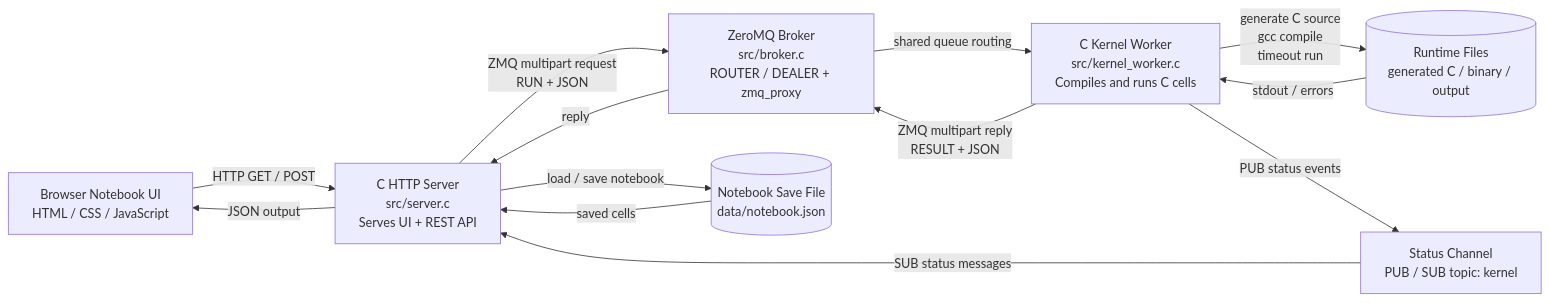
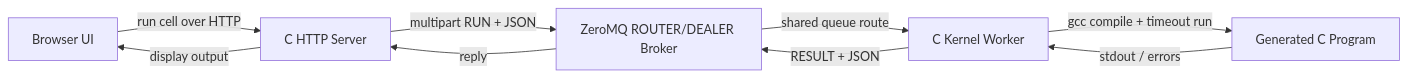
Before and after one commit to Andrew53O/zemomq-c-notebook: the first of 2 diagrams in README.md, drawn with Mermaid. The commit also changed other lines of this file, not shown here.

Commit message:
docs: add simple architecture diagram

````diff
--- a/README.md
+++ b/README.md
@@ -26,27 +26,17 @@
 ```mermaid
 flowchart LR
-    Browser[Browser Notebook UI<br/>HTML / CSS / JavaScript]
-    Server[C HTTP Server<br/>src/server.c<br/>Serves UI + REST API]
-    Broker[ZeroMQ Broker<br/>src/broker.c<br/>ROUTER / DEALER + zmq_proxy]
-    Worker[C Kernel Worker<br/>src/kernel_worker.c<br/>Compiles and runs C cells]
-    Data[(Notebook Save File<br/>data/notebook.json)]
-    Runtime[(Runtime Files<br/>generated C / binary / output)]
-    Status[Status Channel<br/>PUB / SUB topic: kernel]
+    Browser[Browser UI]
+    Server[C HTTP Server]
+    Broker[ZeroMQ ROUTER/DEALER Broker]
+    Worker[C Kernel Worker]
+    Runtime[Generated C Program]
 
-    Browser -->|HTTP GET / POST| Server
-    Server -->|load / save notebook| Data
-    Data -->|saved cells| Server
-
-    Server -->|ZMQ multipart request<br/>RUN + JSON| Broker
-    Broker -->|shared queue routing| Worker
-
-    Worker -->|generate C source<br/>gcc compile<br/>timeout run| Runtime
+    Browser -->|run cell over HTTP| Server
+    Server -->|multipart RUN + JSON| Broker
+    Broker -->|shared queue route| Worker
+    Worker -->|gcc compile + timeout run| Runtime
     Runtime -->|stdout / errors| Worker
-
-    Worker -->|ZMQ multipart reply<br/>RESULT + JSON| Broker
+    Worker -->|RESULT + JSON| Broker
     Broker -->|reply| Server
-    Server -->|JSON output| Browser
-
-    Worker -->|PUB status events| Status
-    Status -->|SUB status messages| Server
+    Server -->|display output| Browser
 ```
````
